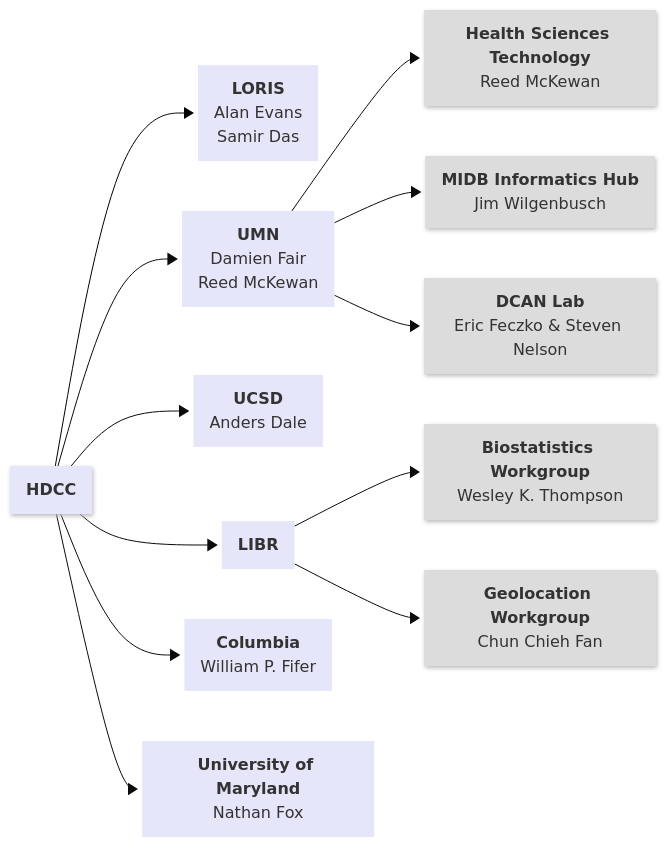
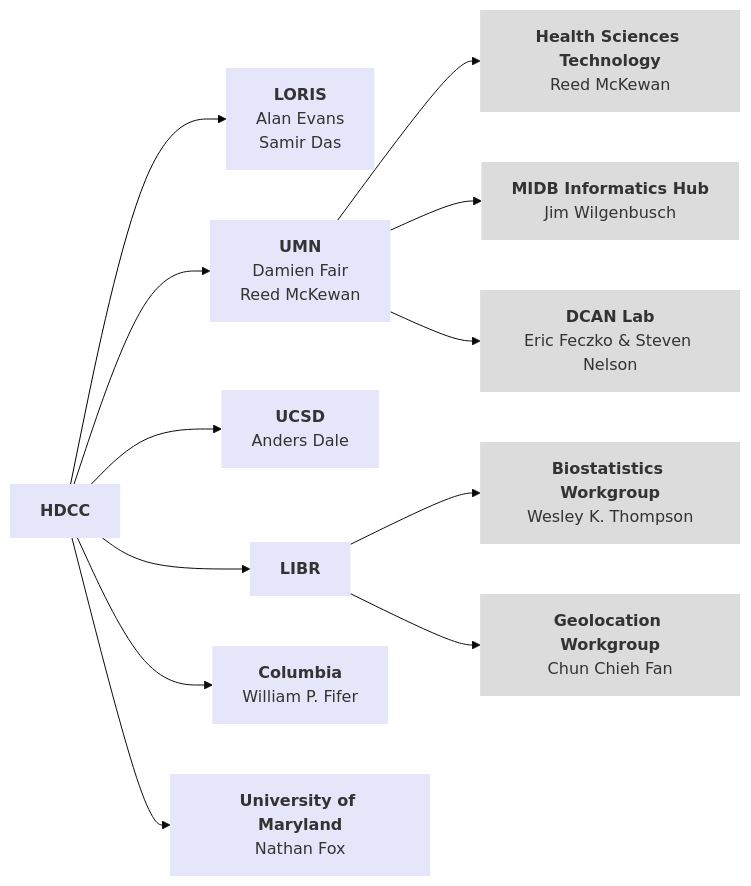
One commit to DCAN-Labs/hbcd-docs-internal changed the first of 2 diagrams in docs/orgcharts.md. Above: the diagram before and after it, drawn with Mermaid.

Commit message:
remove look:neo so css code works

````diff
--- a/docs/orgcharts.md
+++ b/docs/orgcharts.md
@@ -7,38 +7,37 @@
 ```mermaid
 ---
 config:
   theme: base
   layout: dagre
-  look: neo
 ---
 flowchart LR
     A["<strong>HDCC</strong>"] --> E["<b>LORIS</b><br>Alan Evans<br>Samir Das"] & F["<b>UMN</b><br>Damien Fair<br>Reed McKewan"] & G["<b>UCSD</b><br>Anders Dale"] & H["<b>LIBR</b><br>"] & n1["<b>Columbia</b><br>William P. Fifer"] & n16["<b>University of Maryland</b><br>Nathan Fox"]
     F --> n6["<b>Health Sciences Technology</b><br>Reed McKewan"] & n7["<b>MIDB Informatics Hub</b><br>Jim Wilgenbusch"] & n8["<b>DCAN Lab</b><br>Eric Feczko &amp; Steven Nelson"]
     H --> n14["<b>Biostatistics Workgroup</b><br>Wesley K. Thompson"] & n15["<b>Geolocation Workgroup</b><br>Chun Chieh Fan"]
      A:::team
      E:::team
      F:::team
      G:::team
      H:::team
      n1:::team
      n16:::team
      n6:::project
      n7:::project
      n8:::project
      n14:::project
      n15:::project
     classDef organization fill:#d3d3d3,stroke:#333,stroke-width:2px
     classDef team fill:#e6e6fa,stroke:none
     classDef project fill:#dcdcdc,stroke:none
     classDef linkLine stroke-width:2px
     style n6 stroke:none
     style n7 stroke:none
     style n8 stroke:none
     linkStyle 0 stroke:#000000,fill:none
     click E "#loris"
     click F "#university-of-minnesota-umn"
     click G "#ucsd"
     click H "#libr"
     click n1 "#columbia"
     click n16 "#university-of-maryland"
 ```
````
